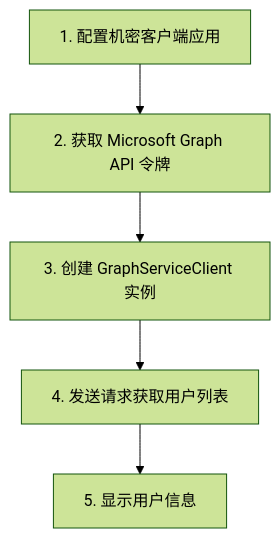
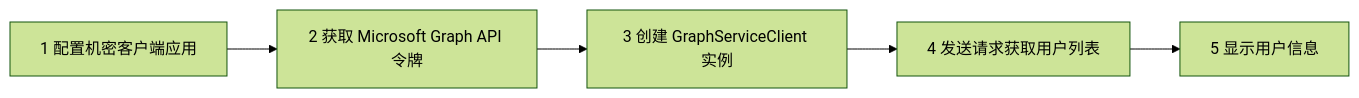
One commit to uwspstar/20-Day-Challenge-List changed the diagram in Microsoft Graph API/Readme.md. Above: the diagram before and after it, drawn with Mermaid (forest theme).

````diff
--- a/Microsoft Graph API/Readme.md
+++ b/Microsoft Graph API/Readme.md
@@ -89,7 +89,7 @@
 ```mermaid
-graph TD
-    A[1. 配置机密客户端应用] --> B[2. 获取 Microsoft Graph API 令牌]
-    B --> C[3. 创建 GraphServiceClient 实例]
-    C --> D[4. 发送请求获取用户列表]
-    D --> E[5. 显示用户信息]
+graph LR
+    A[1 配置机密客户端应用] --> B[2 获取 Microsoft Graph API 令牌]
+    B --> C[3 创建 GraphServiceClient 实例]
+    C --> D[4 发送请求获取用户列表]
+    D --> E[5 显示用户信息]
 ```
````
